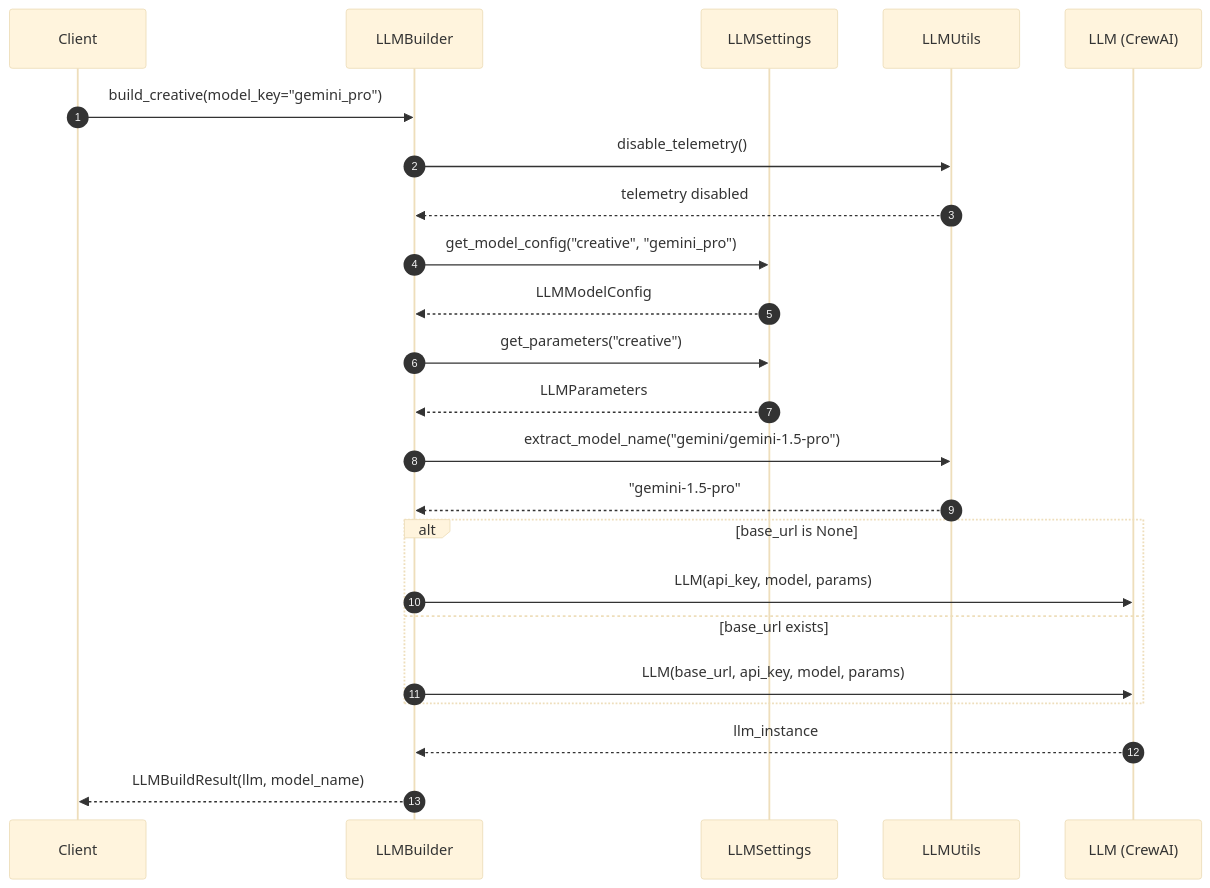
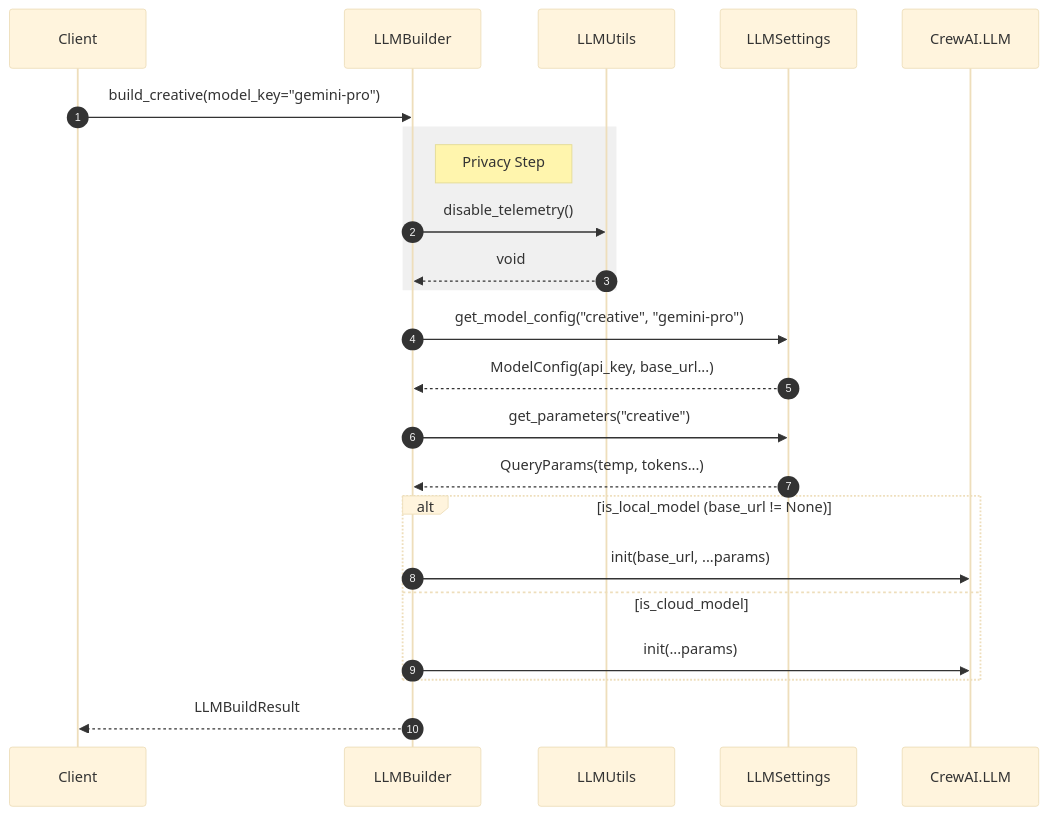
One commit to NikhilVijayakumar/Amsha changed the second of 2 diagrams in docs/paper/modules/llm_factory/architecture.md. Above: the diagram before and after it, drawn with Mermaid. The commit also changed other lines of this file and 30 other files, not shown here.

````diff
--- a/docs/paper/modules/llm_factory/architecture.md
+++ b/docs/paper/modules/llm_factory/architecture.md
@@ -91,35 +47,32 @@
 ```mermaid
----
-config:
-  theme: base
----
+%%{init: {'theme': 'base'}}%%
 sequenceDiagram
     autonumber
     participant Client
     participant Builder as LLMBuilder
+    participant Utils as LLMUtils
     participant Settings as LLMSettings
-    participant Utils as LLMUtils
-    participant CrewAI as LLM (CrewAI)
+    participant CrewLLM as CrewAI.LLM
+
+    Client->>Builder: build_creative(model_key="gemini-pro")
     
-    Client->>Builder: build_creative(model_key="gemini_pro")
-    Builder->>Utils: disable_telemetry()
-    Utils-->>Builder: telemetry disabled
-    
-    Builder->>Settings: get_model_config("creative", "gemini_pro")
-    Settings-->>Builder: LLMModelConfig
-    
+    rect rgb(240, 240, 240)
+        note right of Builder: Privacy Step
+        Builder->>Utils: disable_telemetry()
+        Utils-->>Builder: void
+    end
+
+    Builder->>Settings: get_model_config("creative", "gemini-pro")
+    Settings-->>Builder: ModelConfig(api_key, base_url...)
+
     Builder->>Settings: get_parameters("creative")
-    Settings-->>Builder: LLMParameters
-    
-    Builder->>Utils: extract_model_name("gemini/gemini-1.5-pro")
-    Utils-->>Builder: "gemini-1.5-pro"
-    
-    alt base_url is None
-        Builder->>CrewAI: LLM(api_key, model, params)
-    else base_url exists
-        Builder->>CrewAI: LLM(base_url, api_key, model, params)
+    Settings-->>Builder: QueryParams(temp, tokens...)
+
+    alt is_local_model (base_url != None)
+        Builder->>CrewLLM: init(base_url, ...params)
+    else is_cloud_model
+        Builder->>CrewLLM: init(...params)
     end
-    
-    CrewAI-->>Builder: llm_instance
-    Builder-->>Client: LLMBuildResult(llm, model_name)
+
+    Builder-->>Client: LLMBuildResult
 ```
````
